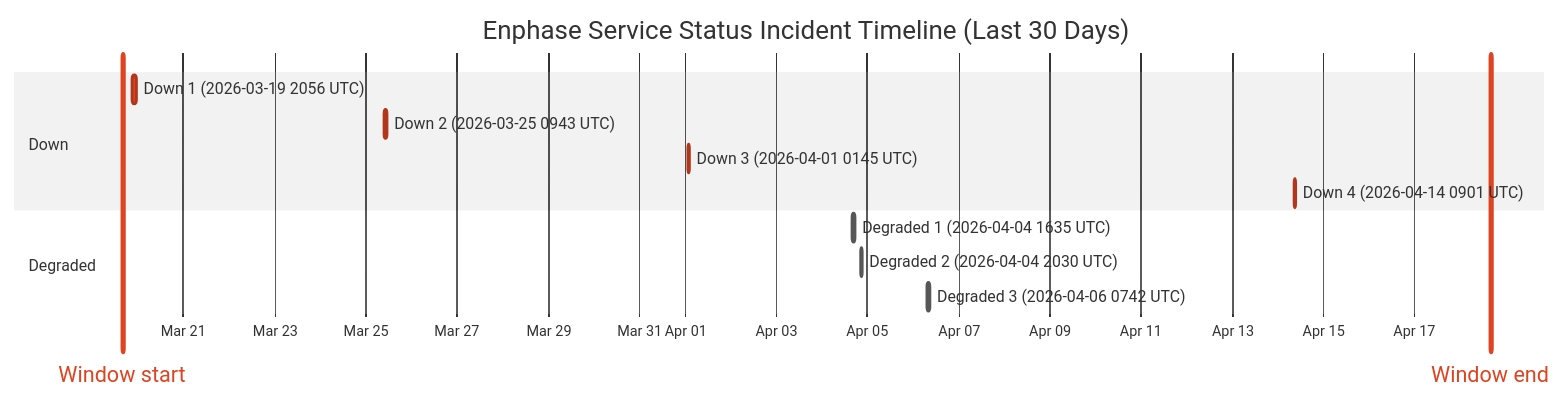
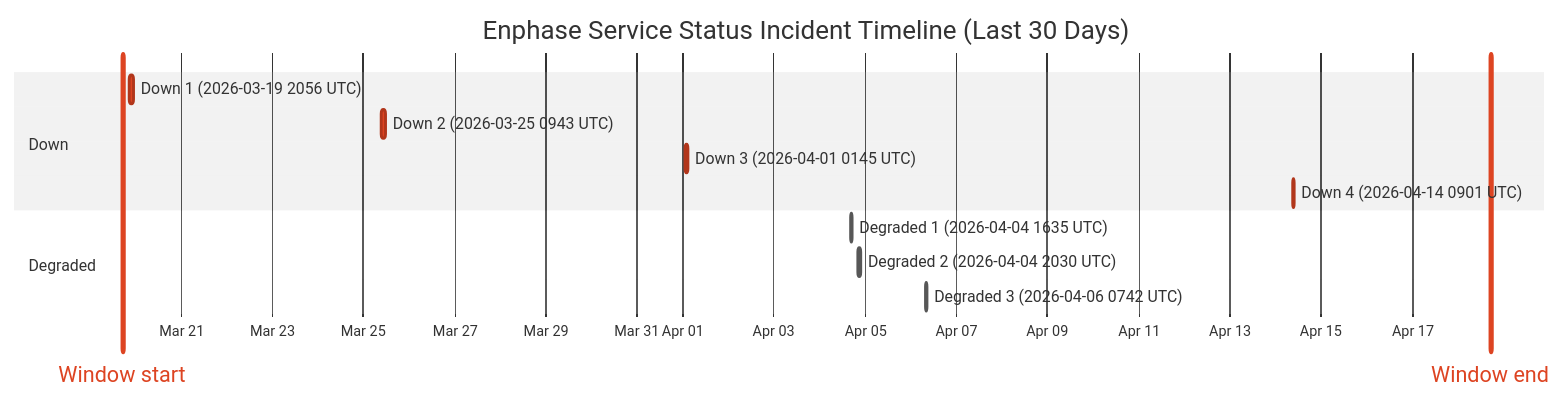
The diagram in wiki/Service-Status-History.md (barneyonline/ha-enphase-ev-charger), drawn with Mermaid (neutral theme) before and after one commit. The commit also changed other lines of this file and 3 other files, not shown here.

````diff
--- a/wiki/Service-Status-History.md
+++ b/wiki/Service-Status-History.md
@@ -14,17 +14,17 @@
 ```mermaid
 gantt
     title Enphase Service Status Incident Timeline (Last 30 Days)
     dateFormat  YYYY-MM-DDTHH:mm:ss
     axisFormat  %b %d
-    Window start :vert, window-start, 2026-03-19T16:00:43, 0ms
-    Window end :vert, window-end, 2026-04-18T16:00:43, 0ms
+    Window start :vert, window-start, 2026-03-19T17:04:48, 0ms
+    Window end :vert, window-end, 2026-04-18T17:04:48, 0ms
     section Down
     Down 1 (2026-03-19 2056 UTC) :crit, down-1, 2026-03-19T20:56:20, 145m
     Down 2 (2026-03-25 0943 UTC) :crit, down-2, 2026-03-25T09:43:28, 111m
     Down 3 (2026-04-01 0145 UTC) :crit, down-3, 2026-04-01T01:45:09, 60m
     Down 4 (2026-04-14 0901 UTC) :crit, down-4, 2026-04-14T09:01:13, 60m
     section Degraded
     Degraded 1 (2026-04-04 1635 UTC) :active, degraded-1, 2026-04-04T16:35:17, 60m
     Degraded 2 (2026-04-04 2030 UTC) :active, degraded-2, 2026-04-04T20:30:40, 60m
     Degraded 3 (2026-04-06 0742 UTC) :active, degraded-3, 2026-04-06T07:42:09, 85m
 ```
````
